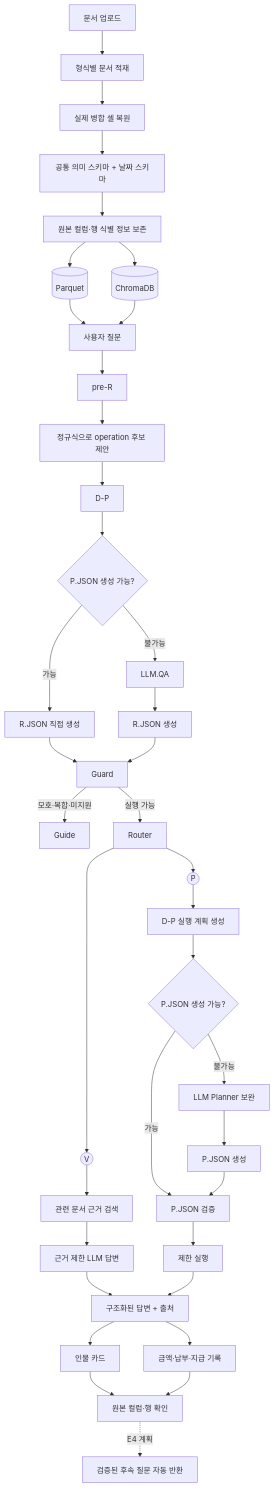
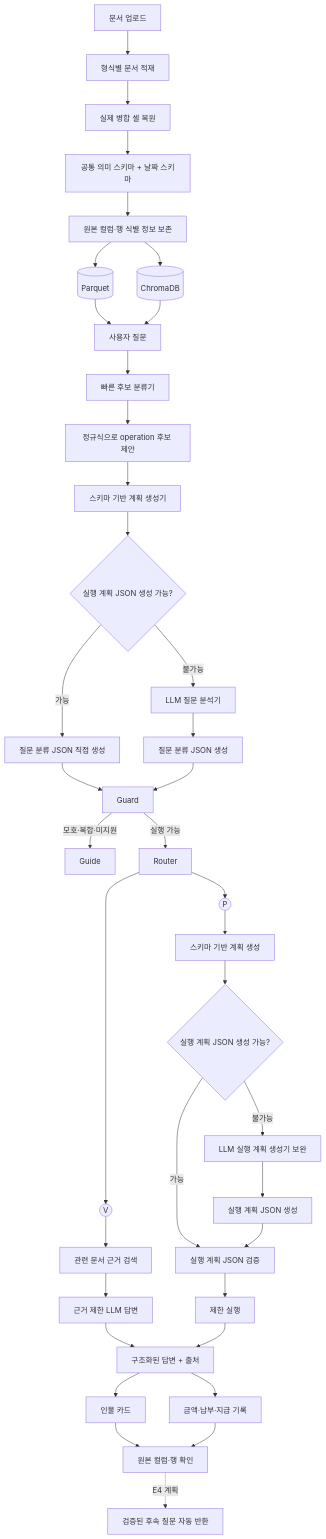
One commit to knu-2026-summer-main-enhancement/finance-doc-agent changed diagram 15 of 15 in README.md. Above: the diagram before and after it, drawn with Mermaid. The commit also changed other lines of this file and 6 other files, not shown here.

````diff
--- a/README.md
+++ b/README.md
@@ -642,48 +648,48 @@
 ```mermaid
 flowchart TD
     U[문서 업로드] --> I[형식별 문서 적재]
     I --> M[실제 병합 셀 복원]
     M --> S[공통 의미 스키마 + 날짜 스키마]
     S --> O[원본 컬럼·행 식별 정보 보존]
     O --> DB1[(Parquet)]
     O --> DB2[(ChromaDB)]
 
     DB1 --> Q[사용자 질문]
     DB2 --> Q
 
-    Q --> PR[pre-R]
+    Q --> PR[빠른 후보 분류기]
     PR --> OP[정규식으로 operation 후보 제안]
-    OP --> DP[D-P]
-    DP --> PC{P.JSON 생성 가능?}
-    PC -->|가능| RJ[R.JSON 직접 생성]
-    PC -->|불가능| LQ[LLM.QA]
-    LQ --> RJ2[R.JSON 생성]
+    OP --> DP[스키마 기반 계획 생성기]
+    DP --> PC{실행 계획 JSON 생성 가능?}
+    PC -->|가능| RJ[질문 분류 JSON 직접 생성]
+    PC -->|불가능| LQ[LLM 질문 분석기]
+    LQ --> RJ2[질문 분류 JSON 생성]
 
     RJ --> G[Guard]
     RJ2 --> G
     G -->|모호·복합·미지원| GUIDE[Guide]
     G -->|실행 가능| R[Router]
 
     R --> V((V))
     R --> P((P))
 
     V --> VS[관련 문서 근거 검색]
     VS --> VA[근거 제한 LLM 답변]
 
-    P --> PD[D-P 실행 계획 생성]
-    PD --> PC2{P.JSON 생성 가능?}
-    PC2 -->|가능| PV[P.JSON 검증]
-    PC2 -->|불가능| PQ[LLM Planner 보완]
-    PQ --> PJ[P.JSON 생성]
+    P --> PD[스키마 기반 계획 생성]
+    PD --> PC2{실행 계획 JSON 생성 가능?}
+    PC2 -->|가능| PV[실행 계획 JSON 검증]
+    PC2 -->|불가능| PQ[LLM 실행 계획 생성기 보완]
+    PQ --> PJ[실행 계획 JSON 생성]
     PJ --> PV
     PV --> PE[제한 실행]
 
     VA --> A[구조화된 답변 + 출처]
     PE --> A
     A --> IC[인물 카드]
     A --> MR[금액·납부·지급 기록]
     IC --> OR[원본 컬럼·행 확인]
     MR --> OR
 
     OR -. E4 계획 .-> FQ[검증된 후속 질문 자동 반환]
 ```
````
